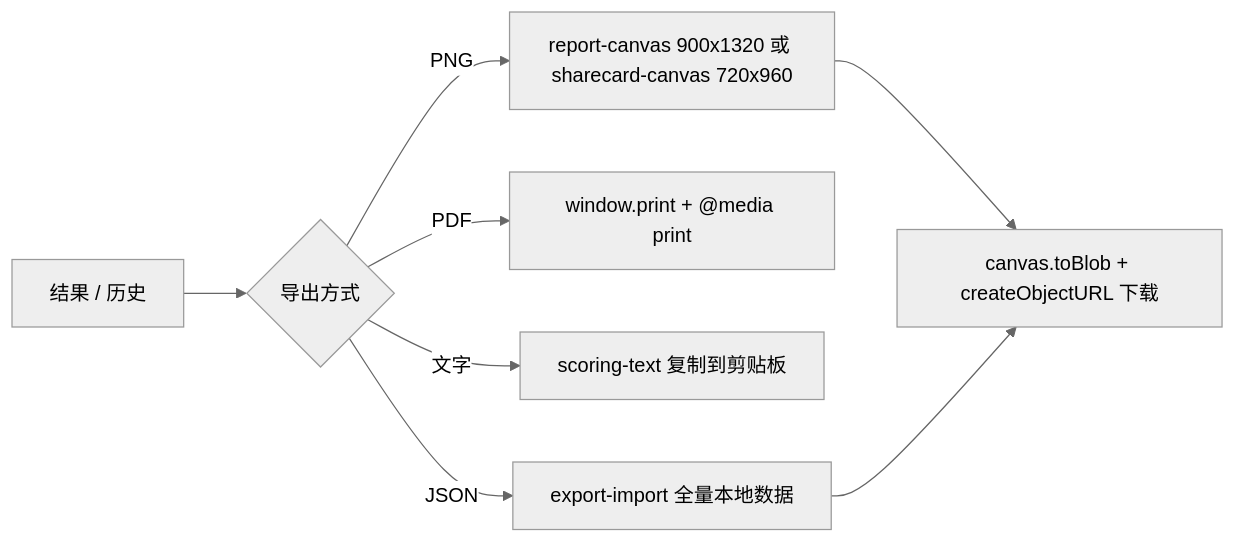
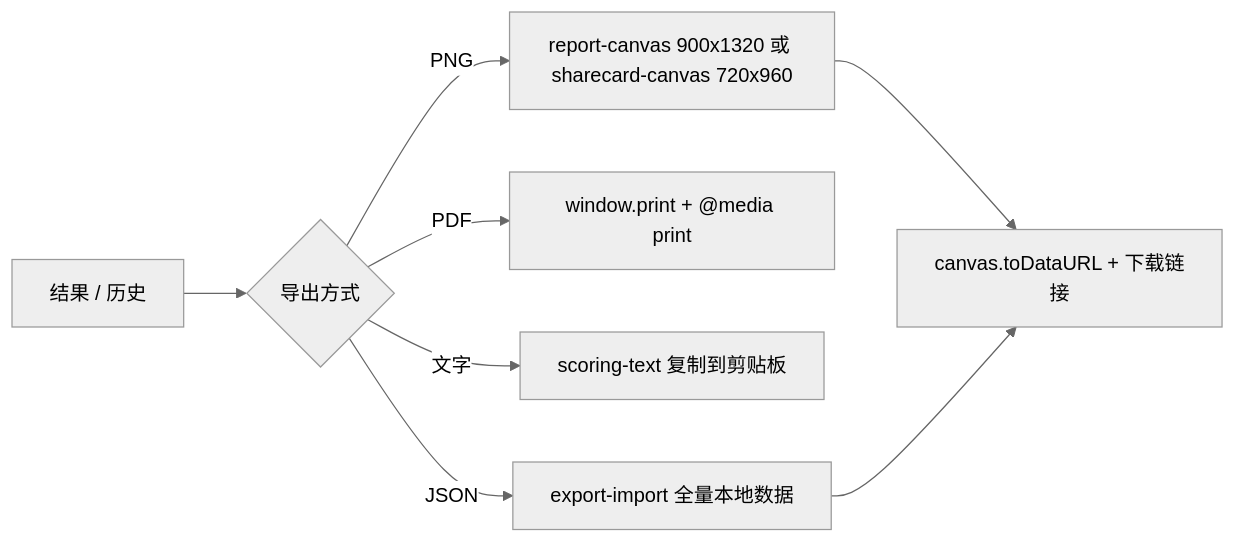
Before and after one commit to sutchan/ChromaCheck: the third of 3 diagrams in docs/FEATURES.md, drawn with Mermaid (neutral theme). The commit also changed other lines of this file and 36 other files, not shown here.

````diff
--- a/docs/FEATURES.md
+++ b/docs/FEATURES.md
@@ -135,10 +135,10 @@
 ```mermaid
 flowchart LR
     A[结果 / 历史] --> B{导出方式}
     B -- PNG --> C[report-canvas 900x1320 或 sharecard-canvas 720x960]
     B -- PDF --> D[window.print + @media print]
     B -- 文字 --> E[scoring-text 复制到剪贴板]
     B -- JSON --> F[export-import 全量本地数据]
-    C --> G[canvas.toBlob + createObjectURL 下载]
+    C --> G[canvas.toDataURL + 下载链接]
     F --> G
 ```
````
